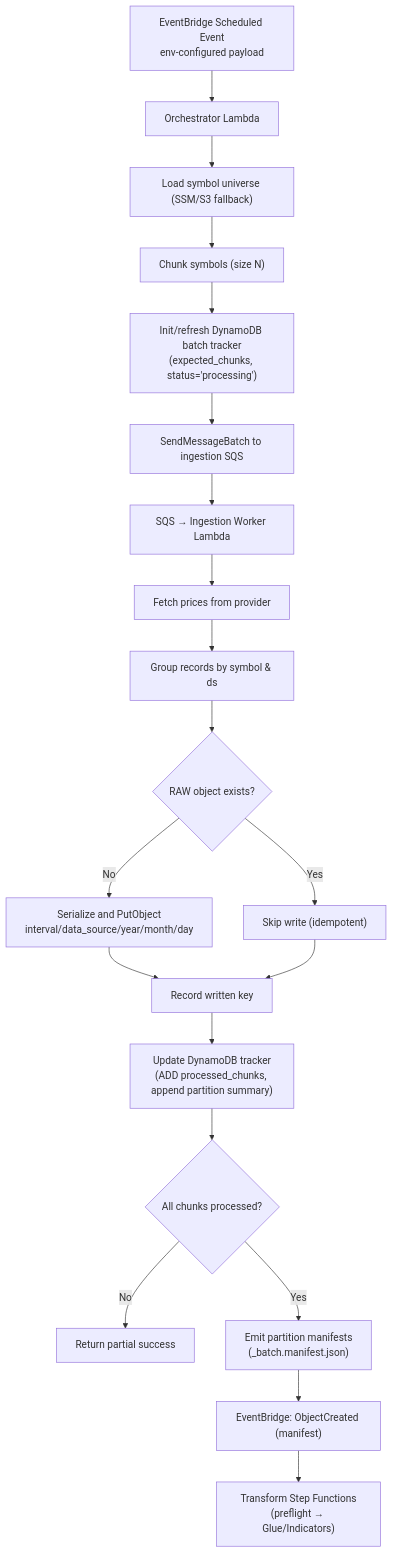
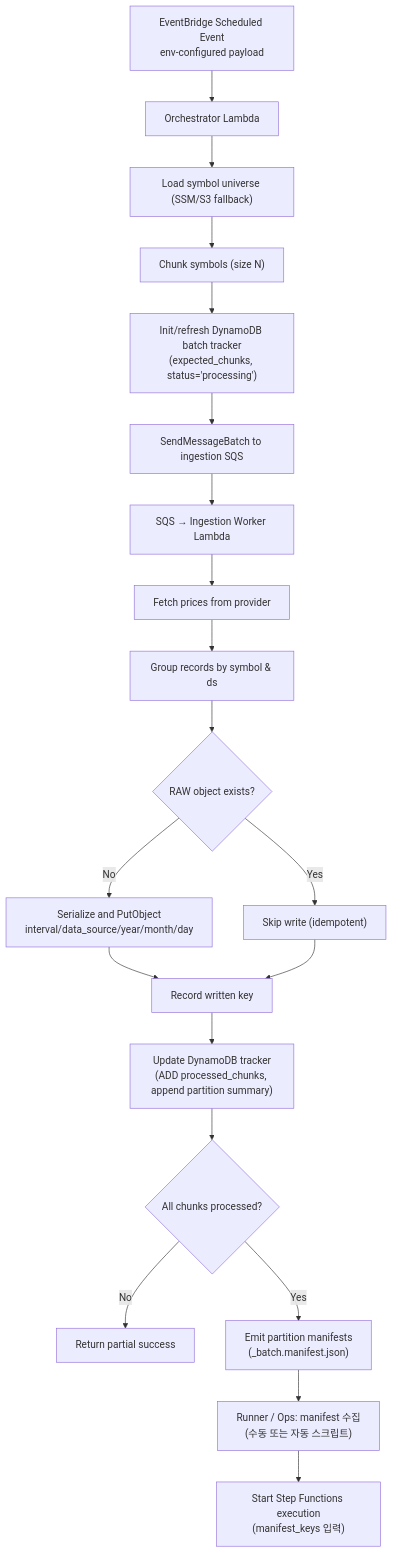
The diagram in docs/diagrams/extract/02-flow.md (keemgdeok/fin-forge-pipeline), drawn with Mermaid before and after one commit. The commit also changed 35 other files, not shown here.

Commit message:
docs: refresh diagrams

````diff
--- a/docs/diagrams/extract/02-flow.md
+++ b/docs/diagrams/extract/02-flow.md
@@ -1,23 +1,23 @@
 ```mermaid
 flowchart TD
   A["EventBridge Scheduled Event<br/>env-configured payload"] --> B["Orchestrator Lambda"]
   B --> C["Load symbol universe (SSM/S3 fallback)"]
   C --> D["Chunk symbols (size N)"]
   D --> E["Init/refresh DynamoDB batch tracker\n(expected_chunks, status='processing')"]
   E --> F["SendMessageBatch to ingestion SQS"]
   F --> G["SQS → Ingestion Worker Lambda"]
   G --> H["Fetch prices from provider"]
   H --> I["Group records by symbol & ds"]
   I --> J{RAW object exists?}
   J -->|Yes| K["Skip write (idempotent)"]
   J -->|No| L["Serialize and PutObject\ninterval/data_source/year/month/day"]
   L --> M["Record written key"]
   K --> M
   M --> N["Update DynamoDB tracker\n(ADD processed_chunks, append partition summary)"]
   N --> O{All chunks processed?}
   O -->|No| P["Return partial success"]
   O -->|Yes| Q["Emit partition manifests\n(_batch.manifest.json)"]
-  Q --> R["EventBridge: ObjectCreated (manifest)"]
-  R --> S["Transform Step Functions\n(preflight → Glue/Indicators)"]
+  Q --> R["Runner / Ops: manifest 수집\n(수동 또는 자동 스크립트)"]
+  R --> S["Start Step Functions execution\n(manifest_keys 입력)"]
 
 ```
````
